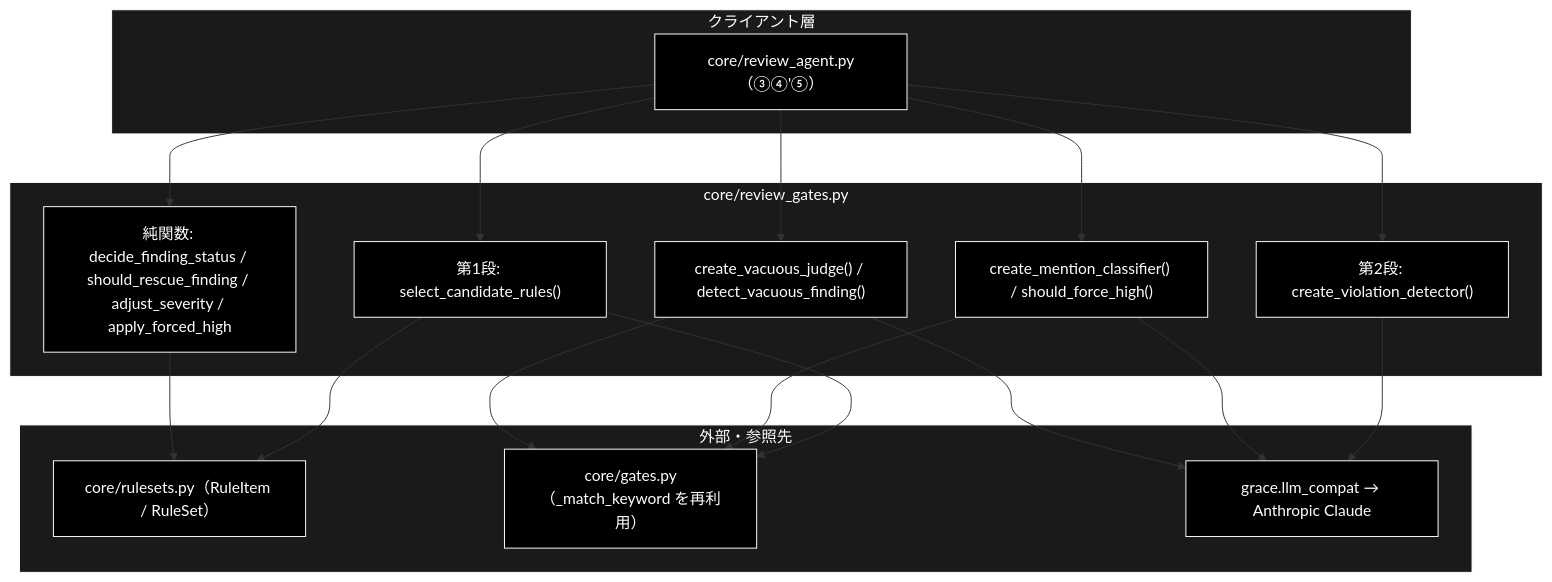
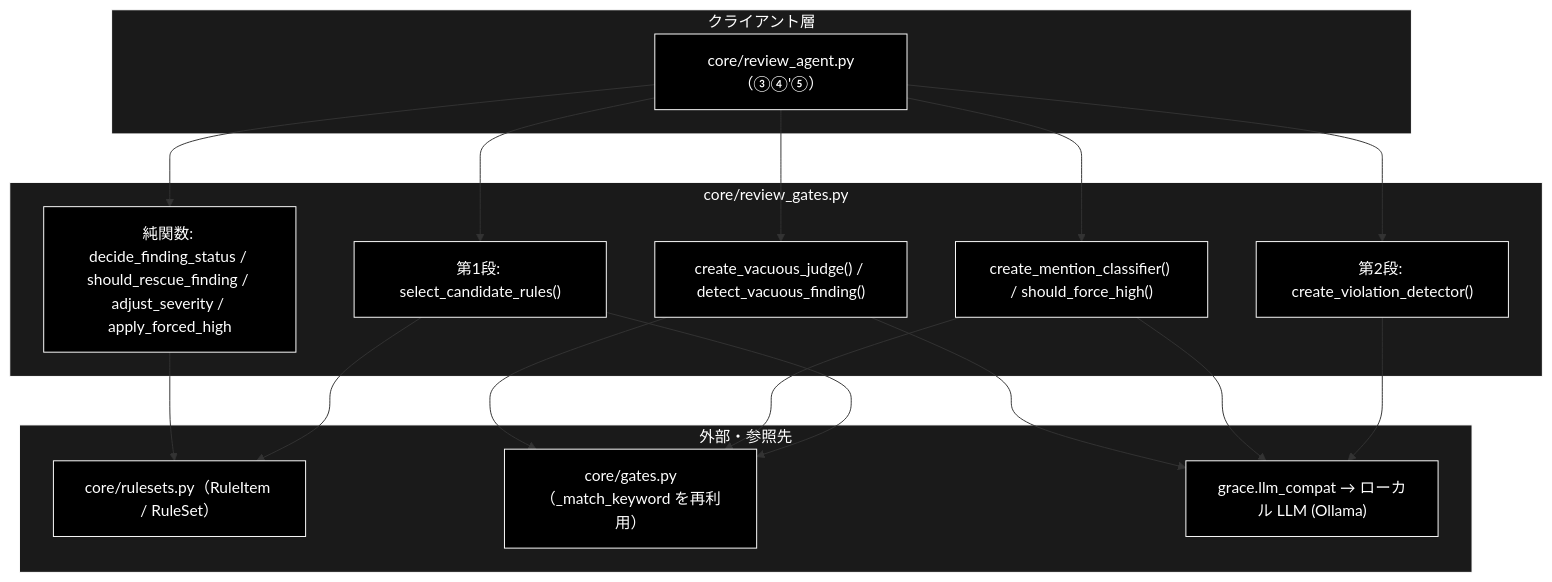
Before and after one commit to nakashima2toshio/grace_v2_local: the first of 3 diagrams in backend/docs/core_review_gates.md, drawn with Mermaid. The commit also changed other lines of this file and 12 other files, not shown here.

````diff
--- a/backend/docs/core_review_gates.md
+++ b/backend/docs/core_review_gates.md
@@ -86,40 +86,40 @@
 ```mermaid
 flowchart TB
     subgraph CLIENT["クライアント層"]
         AGENT["core/review_agent.py（③④'⑤）"]
     end
 
     subgraph MODULE["core/review_gates.py"]
         STAGE1["第1段: select_candidate_rules()"]
         STAGE2["第2段: create_violation_detector()"]
         MENTION["create_mention_classifier() / should_force_high()"]
         VACUOUS["create_vacuous_judge() / detect_vacuous_finding()"]
         PURE["純関数: decide_finding_status / should_rescue_finding / adjust_severity / apply_forced_high"]
     end
 
     subgraph EXTERNAL["外部・参照先"]
         RULES["core/rulesets.py（RuleItem / RuleSet）"]
         GATES["core/gates.py（_match_keyword を再利用）"]
-        LLM["grace.llm_compat → Anthropic Claude"]
+        LLM["grace.llm_compat → ローカル LLM (Ollama)"]
     end
 
     AGENT --> STAGE1
     AGENT --> STAGE2
     AGENT --> MENTION
     AGENT --> VACUOUS
     AGENT --> PURE
     STAGE1 --> RULES
     STAGE1 --> GATES
     MENTION --> GATES
     VACUOUS --> GATES
     STAGE2 --> LLM
     MENTION --> LLM
     VACUOUS --> LLM
     PURE --> RULES
 classDef default fill:#000,stroke:#fff,color:#fff
 classDef subgraphStyle fill:#1a1a1a,stroke:#fff,color:#fff
 class AGENT,STAGE1,STAGE2,MENTION,VACUOUS,PURE,RULES,GATES,LLM default
 style CLIENT fill:#1a1a1a,stroke:#fff,color:#fff
 style MODULE fill:#1a1a1a,stroke:#fff,color:#fff
 style EXTERNAL fill:#1a1a1a,stroke:#fff,color:#fff
 ```
````
